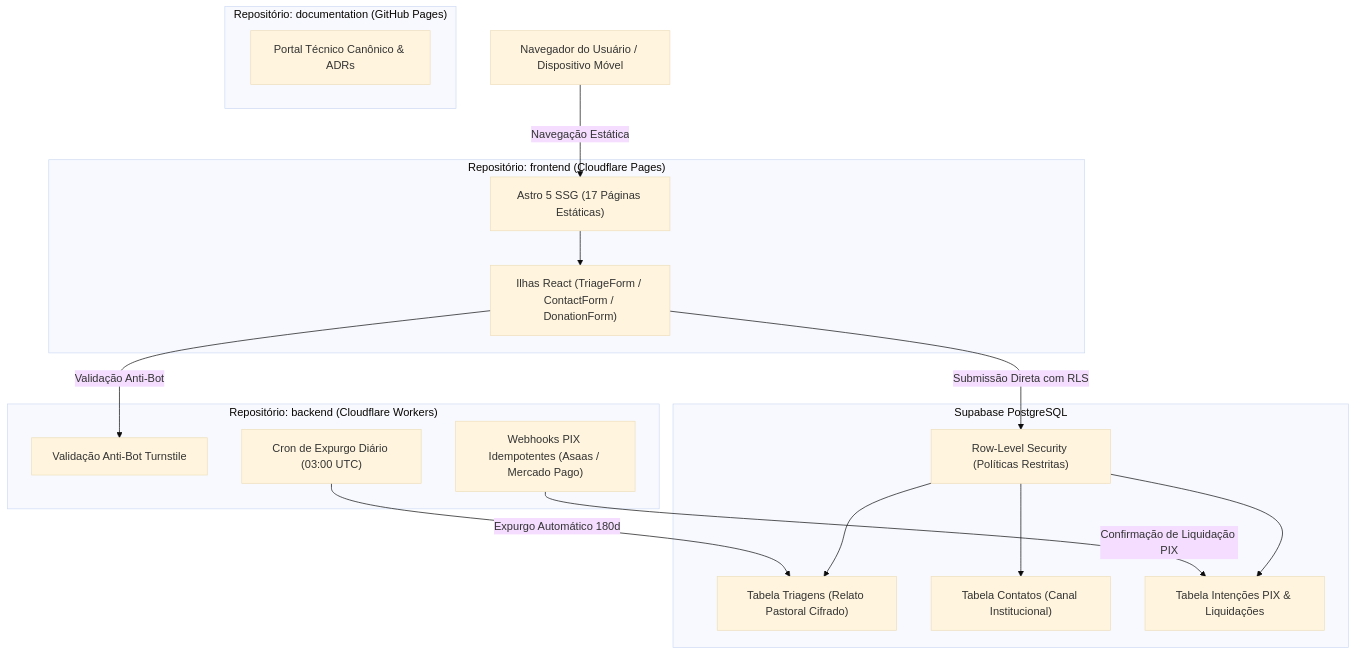
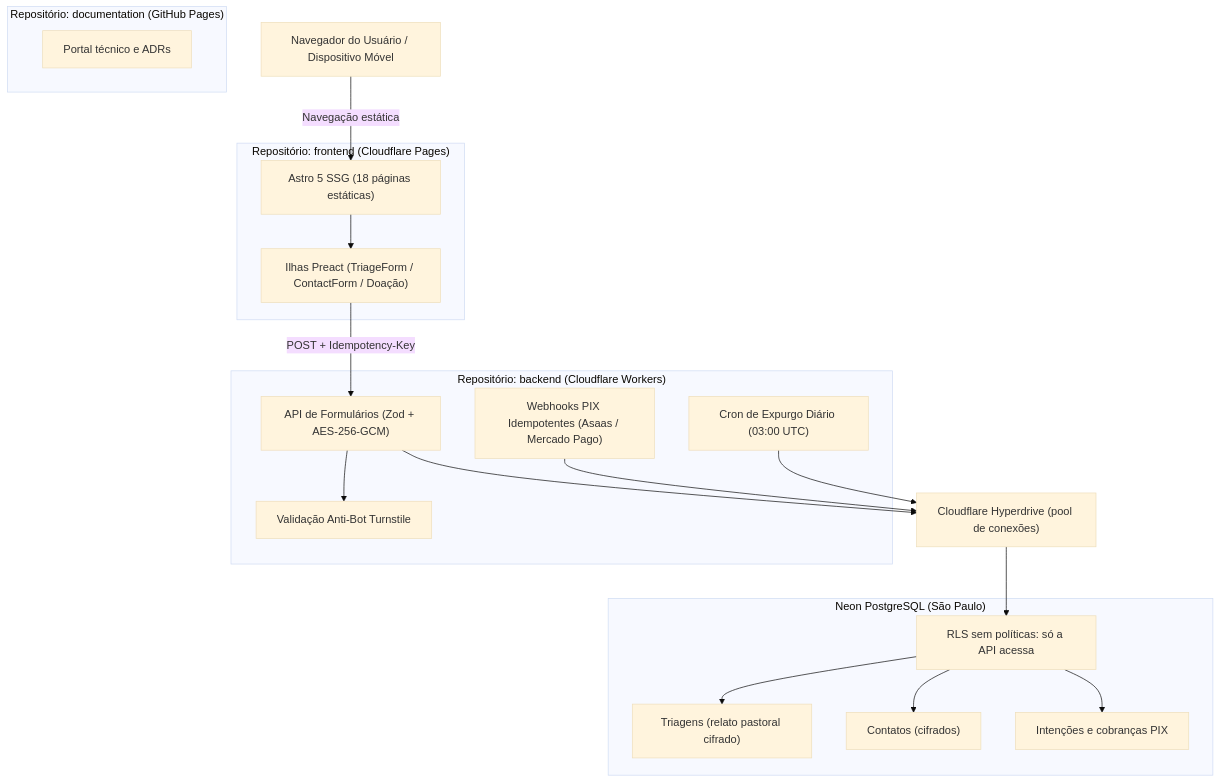
The diagram in docs/index.md (purelifeministriesbrasil/documentation), drawn with Mermaid (base theme) before and after one commit. The commit also changed other lines of this file and 40 other files, not shown here.

First line of the commit message:
docs: atualiza para Neon/Hyperdrive, conteúdo do site novo e revisão ortográfica

````diff
--- a/docs/index.md
+++ b/docs/index.md
@@ -199,36 +199,41 @@
 ```mermaid
-graph TD
+flowchart TB
     Client["Navegador do Usuário / Dispositivo Móvel"]
-    
+
     subgraph EdgeFrontend ["Repositório: frontend (Cloudflare Pages)"]
-        AstroSSG["Astro 5 SSG (17 Páginas Estáticas)"]
-        ReactIslands["Ilhas React (TriageForm / ContactForm / DonationForm)"]
+        AstroSSG["Astro 5 SSG (18 páginas estáticas)"]
+        Islands["Ilhas Preact (TriageForm / ContactForm / Doação)"]
     end
 
     subgraph ServerlessBackend ["Repositório: backend (Cloudflare Workers)"]
         TurnstileGuard["Validação Anti-Bot Turnstile"]
+        FormsAPI["API de Formulários (Zod + AES-256-GCM)"]
         PaymentWebhooks["Webhooks PIX Idempotentes (Asaas / Mercado Pago)"]
         PurgeCron["Cron de Expurgo Diário (03:00 UTC)"]
     end
 
-    subgraph DataPlatform ["Supabase PostgreSQL"]
-        RLS["Row-Level Security (Políticas Restritas)"]
-        TriageVault["Tabela Triagens (Relato Pastoral Cifrado)"]
-        ContactStore["Tabela Contatos (Canal Institucional)"]
-        DonationStore["Tabela Intenções PIX & Liquidações"]
+    Hyperdrive["Cloudflare Hyperdrive (pool de conexões)"]
+
+    subgraph DataPlatform ["Neon PostgreSQL (São Paulo)"]
+        RLS["RLS sem políticas: só a API acessa"]
+        TriageVault["Triagens (relato pastoral cifrado)"]
+        ContactStore["Contatos (cifrados)"]
+        DonationStore["Intenções e cobranças PIX"]
     end
 
     subgraph GovernanceDocs ["Repositório: documentation (GitHub Pages)"]
-        MkDocsPortal["Portal Técnico Canônico & ADRs"]
+        MkDocsPortal["Portal técnico e ADRs"]
     end
 
-    Client -->|Navegação Estática| AstroSSG
-    AstroSSG --> ReactIslands
-    ReactIslands -->|Validação Anti-Bot| TurnstileGuard
-    ReactIslands -->|Submissão Direta com RLS| RLS
-    PaymentWebhooks -->|Confirmação de Liquidação PIX| DonationStore
-    PurgeCron -->|Expurgo Automático 180d| TriageVault
+    Client -->|Navegação estática| AstroSSG
+    AstroSSG --> Islands
+    Islands -->|POST + Idempotency-Key| FormsAPI
+    FormsAPI --> TurnstileGuard
+    FormsAPI --> Hyperdrive
+    PaymentWebhooks --> Hyperdrive
+    PurgeCron --> Hyperdrive
+    Hyperdrive --> RLS
     RLS --> TriageVault
     RLS --> ContactStore
     RLS --> DonationStore
 ```
````
